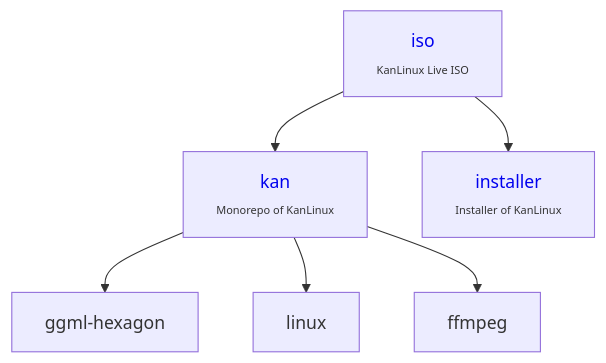
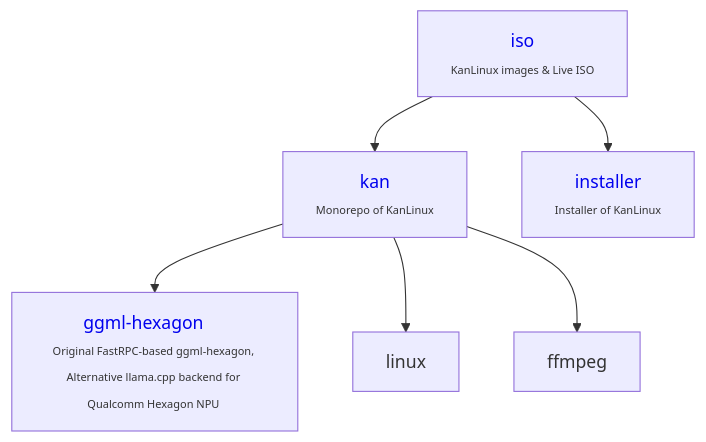
Before and after one commit to kan-linux/.github: the diagram in profile/README.md, drawn with Mermaid.

Commit message:
Update links in README for KanLinux projects

````diff
--- a/profile/README.md
+++ b/profile/README.md
@@ -12,18 +12,20 @@
 ```mermaid
 
 graph TD;
 iso --> kan
 iso --> installer
 kan --> ggml-hexagon
 kan --> linux
 kan --> ffmpeg
 
 
 
-iso[<a href="https://github.com/ggml-org/ggml"                       style="text-decoration:none;">iso</a>            <br><span style="font-size:10px;">KanLinux Live ISO</span>];
-kan[<a href="https://github.com/ggml-org/whisper.cpp"         style="text-decoration:none;">kan</a>     <br><span style="font-size:10px;">Monorepo of KanLinux</span>];
+iso[<a href="https://github.com/kan-linux/kan"                       style="text-decoration:none;">iso</a>            <br><span style="font-size:10px;">KanLinux images & Live ISO</span>];
+kan[<a href="https://github.com/kan-linux/kan"         style="text-decoration:none;">kan</a>     <br><span style="font-size:10px;">Monorepo of KanLinux</span>];
 
-installer[<a href="https://github.com/ggml-org/whisper.cpp"         style="text-decoration:none;">installer</a>     <br><span style="font-size:10px;">Installer of KanLinux</span>];
+installer[<a href="https://github.com/kan-linux/installer"         style="text-decoration:none;">installer</a>     <br><span style="font-size:10px;">Installer of KanLinux</span>];
 
 
+ggml-hexagon[<a href="https://github.com/kan-linux/ggml-hexagon/discussions/84"         style="text-decoration:none;">ggml-hexagon</a>     <br><span style="font-size:10px;">Original FastRPC-based ggml-hexagon, Alternative llama.cpp backend for Qualcomm Hexagon NPU </span>];
+
 ```
````
